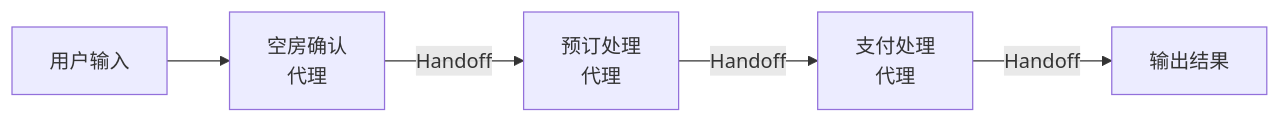
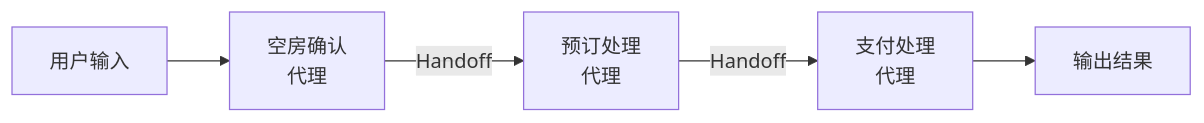
Before and after one commit to mamezou-tech/mamezou-tech-site: the second of 2 diagrams in src/zh-CN/posts/blogs/2025/0323_openai-agents-sdk-intro.md, drawn with Mermaid. The commit also changed 2 other files, not shown here.

Commit message:
fix: remove unnecessary handoff notation in flow diagrams
The handoff notation (`|Handoff|`) was removed from the diagrams in all language versions to simplify the flow. This change ensures consistency and improves readability across the representations. Additionally, a minor wording update was made in the Japanese text for clarity.

````diff
--- a/src/zh-CN/posts/blogs/2025/0323_openai-agents-sdk-intro.md
+++ b/src/zh-CN/posts/blogs/2025/0323_openai-agents-sdk-intro.md
@@ -532,7 +532,7 @@
 ```mermaid
 flowchart LR
     A[用户输入] --> B[空房确认<br>代理]
     B -->|Handoff| C[预订处理<br>代理]
     C -->|Handoff| D[支付处理<br>代理]
-    D -->|Handoff| E[输出结果]
+    D --> E[输出结果]
 ```
````
